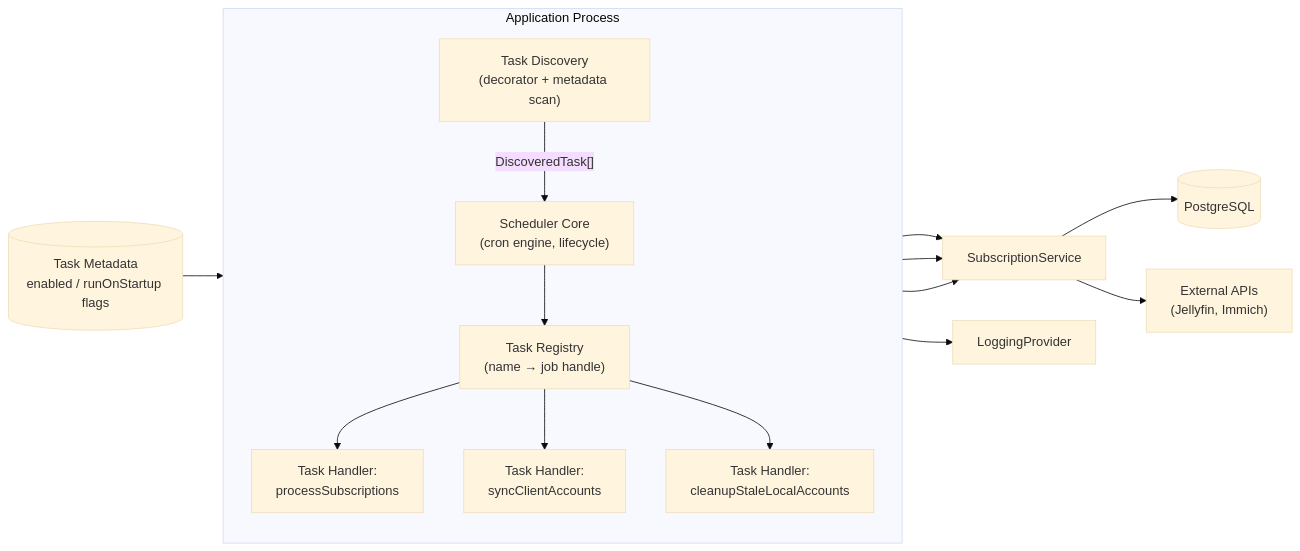
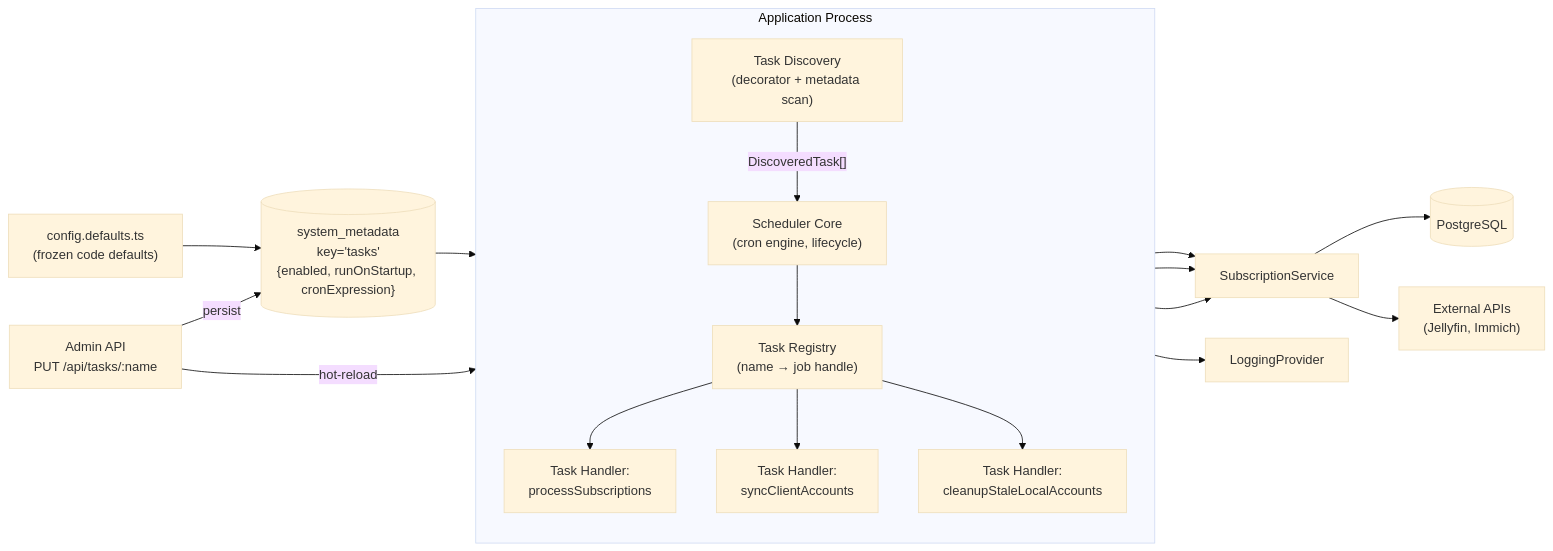
Before and after one commit to samAljailani/HomeGate: the first of 4 diagrams in server/docs/scheduler.md, drawn with Mermaid (base theme). The commit also changed other lines of this file and 8 other files, not shown here.

Commit message:
feat: add admin task configuration API with hot-reload #16

````diff
--- a/server/docs/scheduler.md
+++ b/server/docs/scheduler.md
@@ -7,21 +7,24 @@
 ```mermaid
 flowchart LR
     subgraph App["Application Process"]
         direction TB
         DISC["Task Discovery<br/>(decorator + metadata scan)"]
         SCHED["Scheduler Core<br/>(cron engine, lifecycle)"]
         REG["Task Registry<br/>(name → job handle)"]
         H1["Task Handler:<br/>processSubscriptions"]
         H2["Task Handler:<br/>syncClientAccounts"]
         H3["Task Handler:<br/>cleanupStaleLocalAccounts"]
     end
 
-    CONFIG[("Task Metadata<br/>enabled / runOnStartup flags")] --> SCHED
+    SMETA[("system_metadata<br/>key='tasks'<br/>{enabled, runOnStartup, cronExpression}")] --> SCHED
+    DEFAULTS["config.defaults.ts<br/>(frozen code defaults)"] --> SMETA
     DISC -->|"DiscoveredTask[]"| SCHED
     SCHED --> REG
     REG --> H1 & H2 & H3
     H1 & H2 & H3 --> SVC["SubscriptionService"]
     SVC --> DB[("PostgreSQL")]
     SVC --> EXT["External APIs<br/>(Jellyfin, Immich)"]
     SCHED --> OBS["LoggingProvider"]
+    ADMIN["Admin API<br/>PUT /api/tasks/:name"] -->|hot-reload| SCHED
+    ADMIN -->|persist| SMETA
 ```
````
